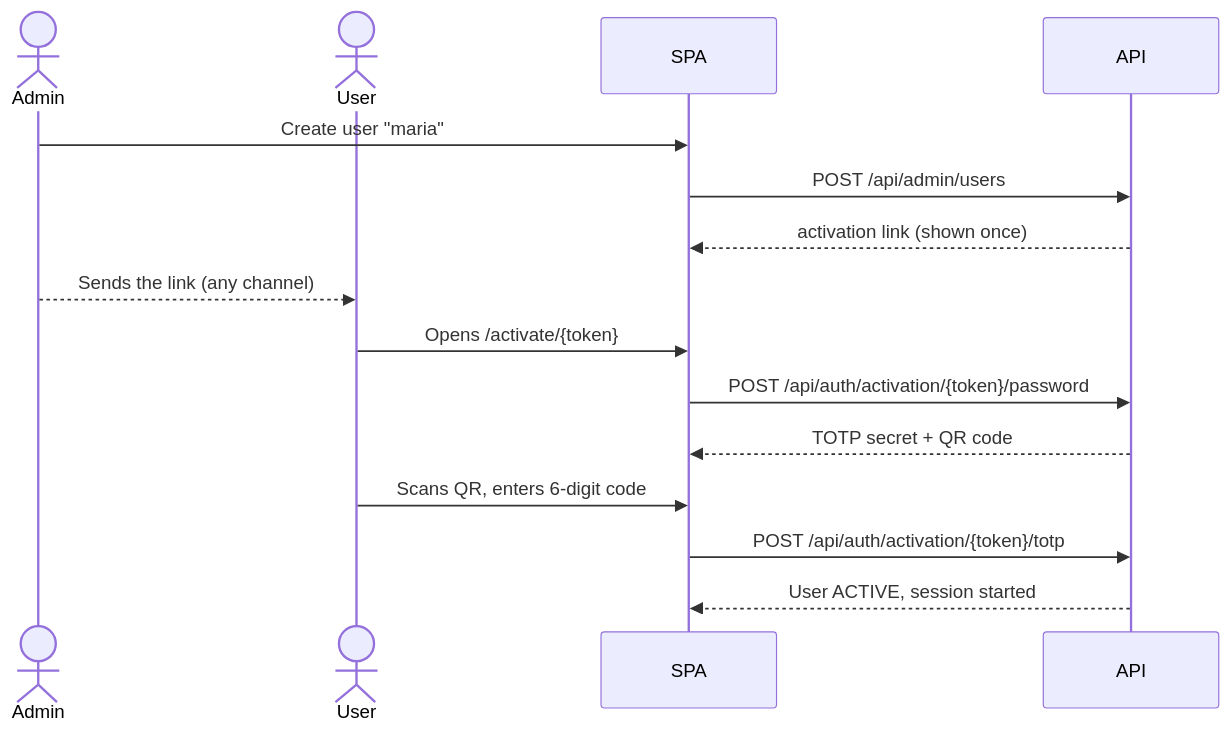
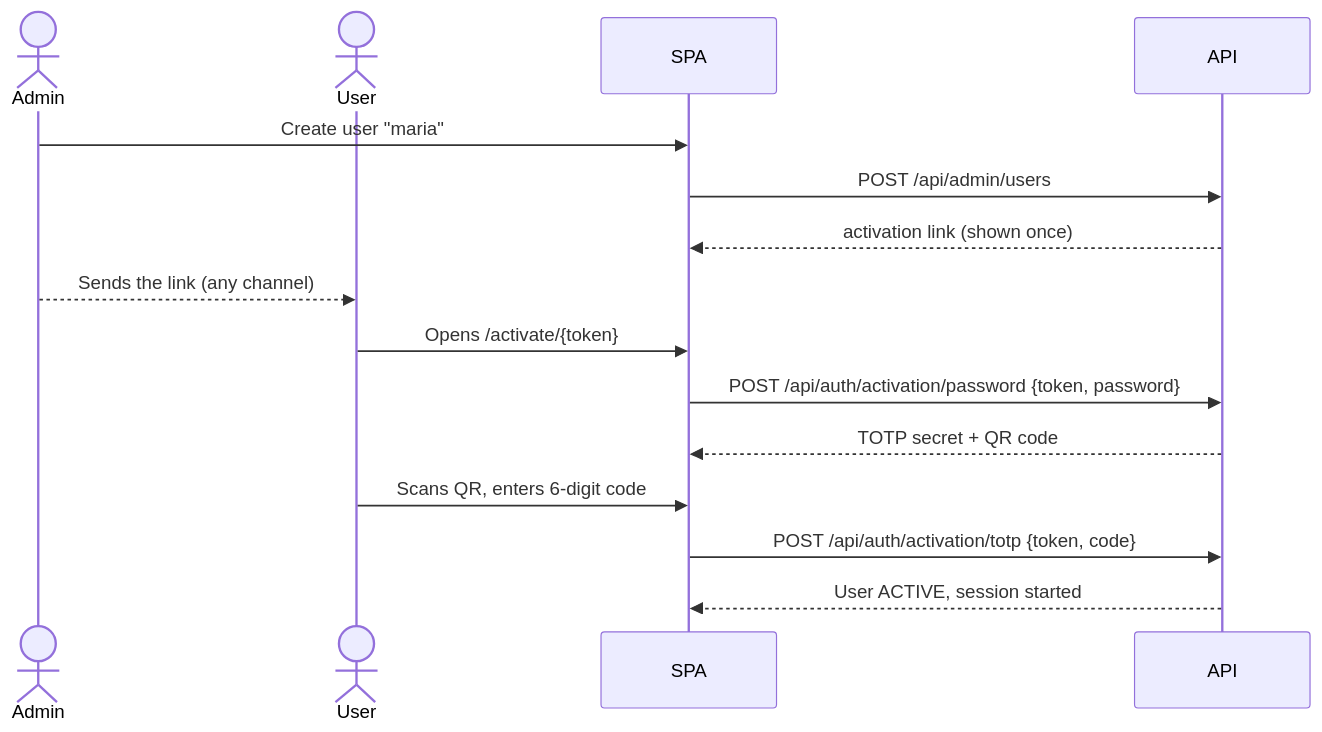
Before and after one commit to joeljoanlopez/jolo-market: the second of 3 diagrams in docs/architecture.md, drawn with Mermaid. The commit also changed other lines of this file and 25 other files, not shown here.

Commit message:
fix(identity): TOTP replay protection, activation token out of URLs, stricter session renewal and role checks

````diff
--- a/docs/architecture.md
+++ b/docs/architecture.md
@@ -459,18 +459,18 @@
 ```mermaid
 sequenceDiagram
     actor Admin
     actor User
     participant SPA
     participant API
 
     Admin->>SPA: Create user "maria"
     SPA->>API: POST /api/admin/users
     API-->>SPA: activation link (shown once)
     Admin-->>User: Sends the link (any channel)
     User->>SPA: Opens /activate/{token}
-    SPA->>API: POST /api/auth/activation/{token}/password
+    SPA->>API: POST /api/auth/activation/password {token, password}
     API-->>SPA: TOTP secret + QR code
     User->>SPA: Scans QR, enters 6-digit code
-    SPA->>API: POST /api/auth/activation/{token}/totp
+    SPA->>API: POST /api/auth/activation/totp {token, code}
     API-->>SPA: User ACTIVE, session started
 ```
````
